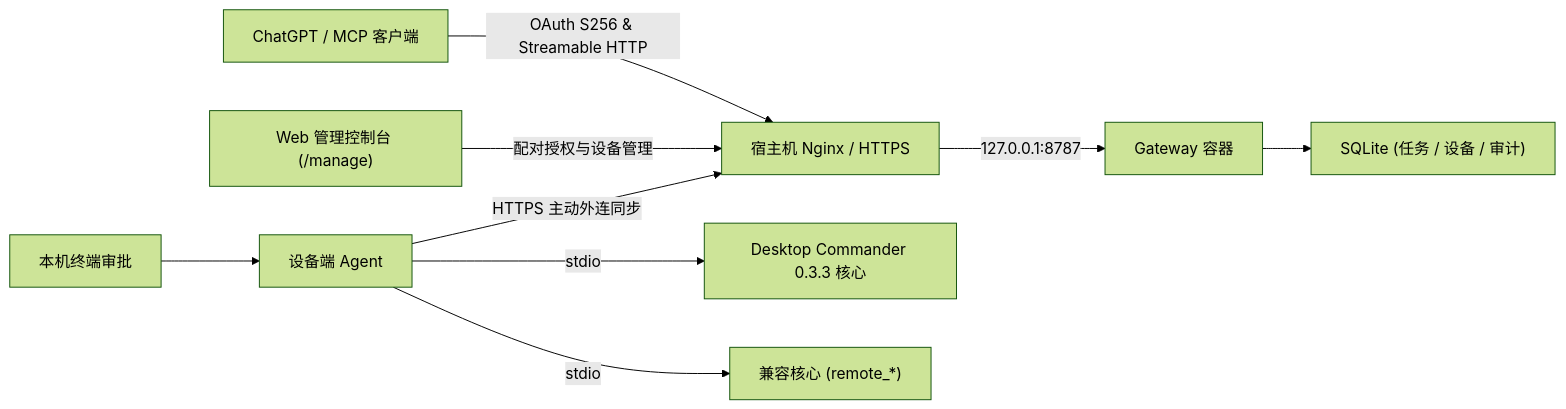
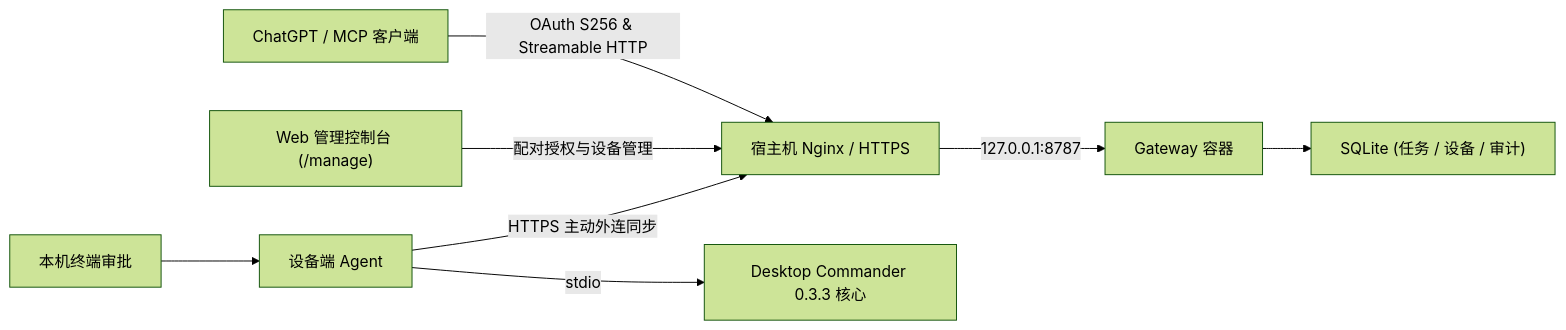
One commit to 91270/Remote.Command changed the diagram in docs/architecture.md. Above: the diagram before and after it, drawn with Mermaid (forest theme). The commit also changed other lines of this file and 73 other files, not shown here.

````diff
--- a/docs/architecture.md
+++ b/docs/architecture.md
@@ -9,11 +9,10 @@
 ```mermaid
 flowchart LR
     User["ChatGPT / MCP 客户端"] -->|OAuth S256 & Streamable HTTP| Nginx["宿主机 Nginx / HTTPS"]
     Owner["Web 管理控制台 (/manage)"] -->|配对授权与设备管理| Nginx
     Agent["设备端 Agent"] -->|HTTPS 主动外连同步| Nginx
     Nginx -->|127.0.0.1:8787| Gateway["Gateway 容器"]
     Gateway --> Storage["SQLite (任务 / 设备 / 审计)"]
     Agent -->|stdio| Core["Desktop Commander 0.3.3 核心"]
-    Agent -->|stdio| Compat["兼容核心 (remote_*)"]
     Operator["本机终端审批"] --> Agent
 ```
````
